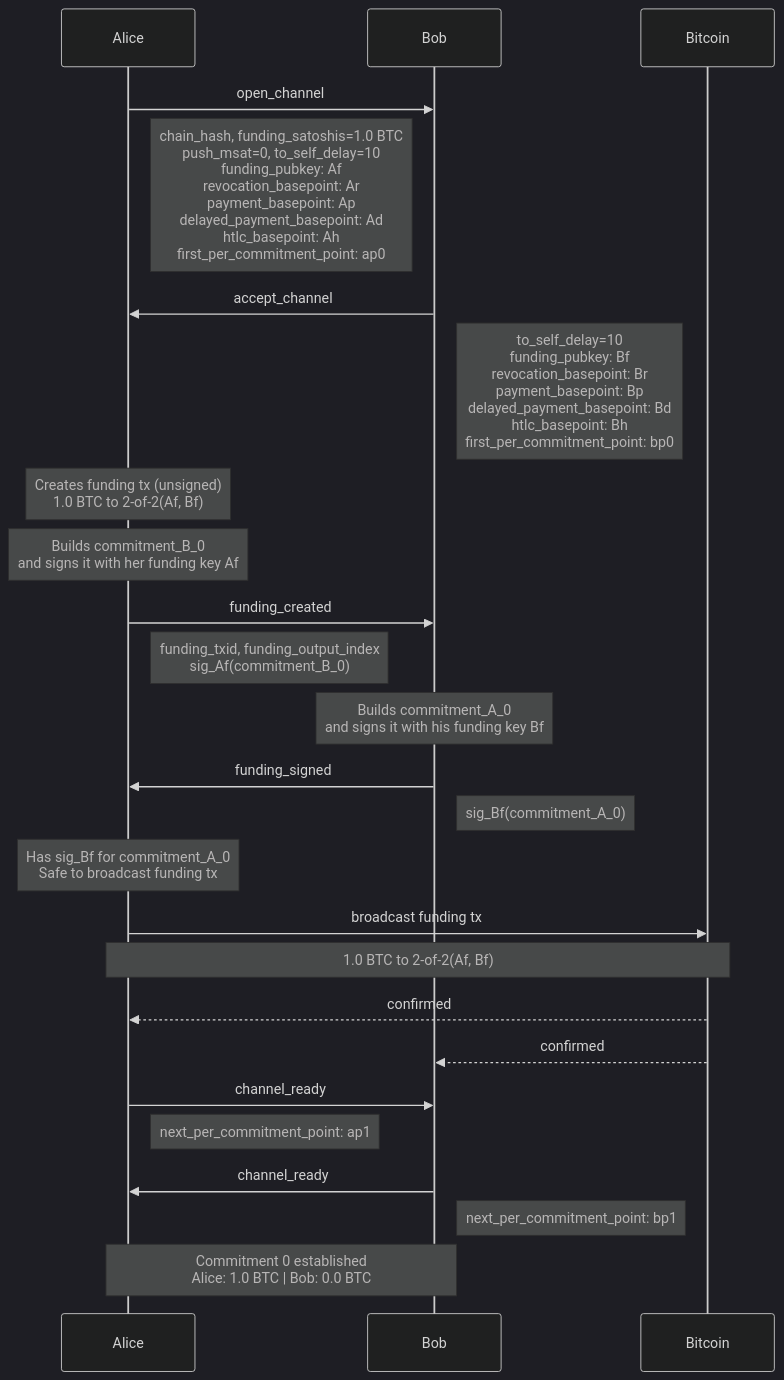
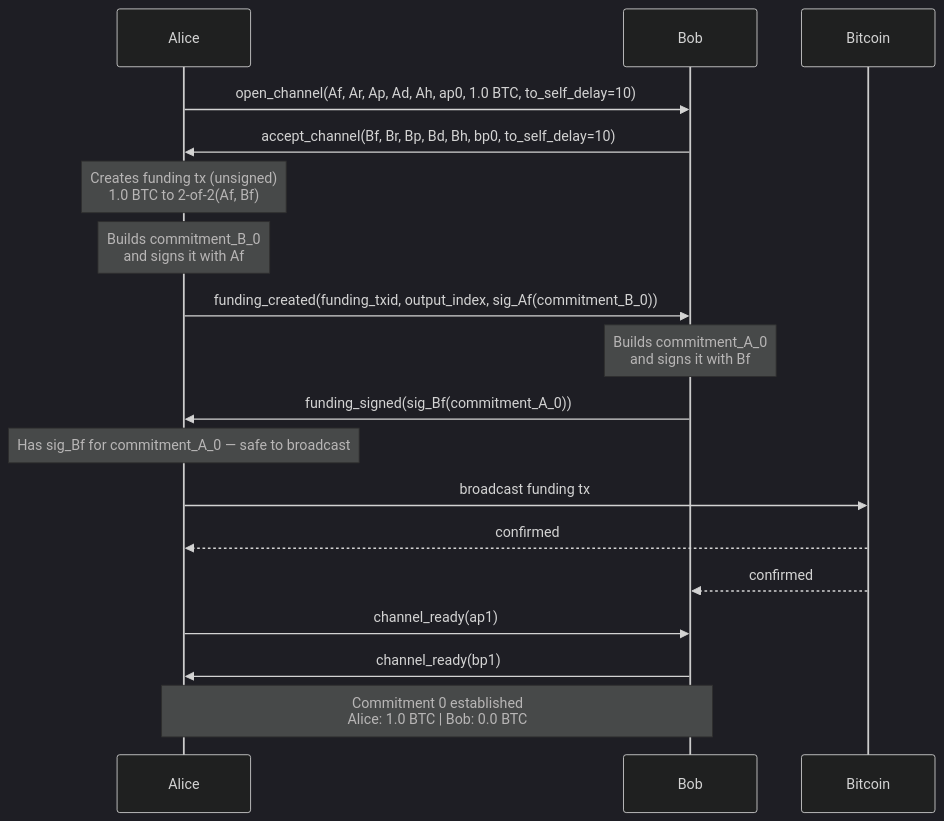
One commit to dukeh3/vls-arch changed the first of 4 diagrams in reference/01-alice-pays-bob.md. Above: the diagram before and after it, drawn with Mermaid (dark theme). The commit also changed other lines of this file and 4 other files, not shown here.

First line of the commit message:
Add challenges doc, inline params in all diagrams, expand redundancy analysis

````diff
--- a/reference/01-alice-pays-bob.md
+++ b/reference/01-alice-pays-bob.md
@@ -33,40 +33,29 @@
 ```mermaid
 sequenceDiagram
     participant Alice
     participant Bob
     participant Bitcoin
 
-    Alice->>Bob: open_channel
-    Note right of Alice: chain_hash, funding_satoshis=1.0 BTC<br/>push_msat=0, to_self_delay=10<br/>funding_pubkey: Af<br/>revocation_basepoint: Ar<br/>payment_basepoint: Ap<br/>delayed_payment_basepoint: Ad<br/>htlc_basepoint: Ah<br/>first_per_commitment_point: ap0
-
-    Bob->>Alice: accept_channel
-    Note right of Bob: to_self_delay=10<br/>funding_pubkey: Bf<br/>revocation_basepoint: Br<br/>payment_basepoint: Bp<br/>delayed_payment_basepoint: Bd<br/>htlc_basepoint: Bh<br/>first_per_commitment_point: bp0
+    Alice->>Bob: open_channel(Af, Ar, Ap, Ad, Ah, ap0, 1.0 BTC, to_self_delay=10)
+    Bob->>Alice: accept_channel(Bf, Br, Bp, Bd, Bh, bp0, to_self_delay=10)
 
     Note over Alice: Creates funding tx (unsigned)<br/>1.0 BTC to 2-of-2(Af, Bf)
+    Note over Alice: Builds commitment_B_0<br/>and signs it with Af
 
-    Note over Alice: Builds commitment_B_0<br/>and signs it with her funding key Af
+    Alice->>Bob: funding_created(funding_txid, output_index, sig_Af(commitment_B_0))
 
-    Alice->>Bob: funding_created
-    Note right of Alice: funding_txid, funding_output_index<br/>sig_Af(commitment_B_0)
+    Note over Bob: Builds commitment_A_0<br/>and signs it with Bf
 
-    Note over Bob: Builds commitment_A_0<br/>and signs it with his funding key Bf
+    Bob->>Alice: funding_signed(sig_Bf(commitment_A_0))
 
-    Bob->>Alice: funding_signed
-    Note right of Bob: sig_Bf(commitment_A_0)
-
-    Note over Alice: Has sig_Bf for commitment_A_0<br/>Safe to broadcast funding tx
+    Note over Alice: Has sig_Bf for commitment_A_0 — safe to broadcast
 
     Alice->>Bitcoin: broadcast funding tx
-    Note over Alice, Bitcoin: 1.0 BTC to 2-of-2(Af, Bf)
-
     Bitcoin-->>Alice: confirmed
     Bitcoin-->>Bob: confirmed
 
-    Alice->>Bob: channel_ready
-    Note right of Alice: next_per_commitment_point: ap1
-
-    Bob->>Alice: channel_ready
-    Note right of Bob: next_per_commitment_point: bp1
+    Alice->>Bob: channel_ready(ap1)
+    Bob->>Alice: channel_ready(bp1)
 
     Note over Alice, Bob: Commitment 0 established<br/>Alice: 1.0 BTC | Bob: 0.0 BTC
 ```
````
